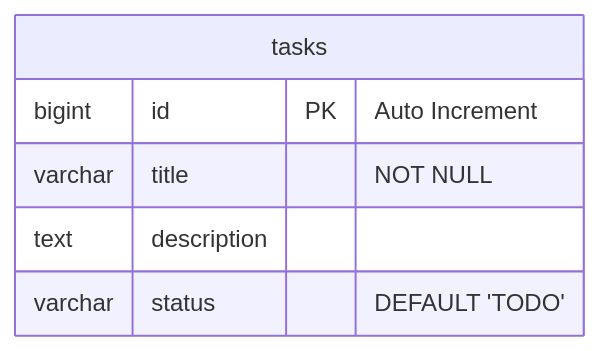
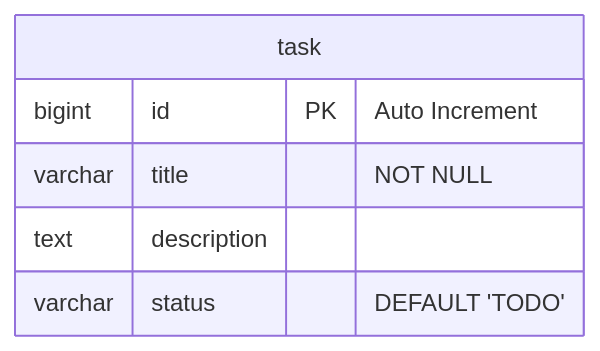
One commit to pepepki/task-knowledge-management changed the first of 2 diagrams in README.md. Above: the diagram before and after it, drawn with Mermaid. The commit also changed other lines of this file, not shown here.

Commit message:
change table name

````diff
--- a/README.md
+++ b/README.md
@@ -40,10 +40,10 @@
 ```mermaid
 erDiagram
-    tasks {
+    task {
         bigint id PK "Auto Increment"
         varchar title "NOT NULL"
         text description
         varchar status "DEFAULT 'TODO'"
     }
 
 ```
````
